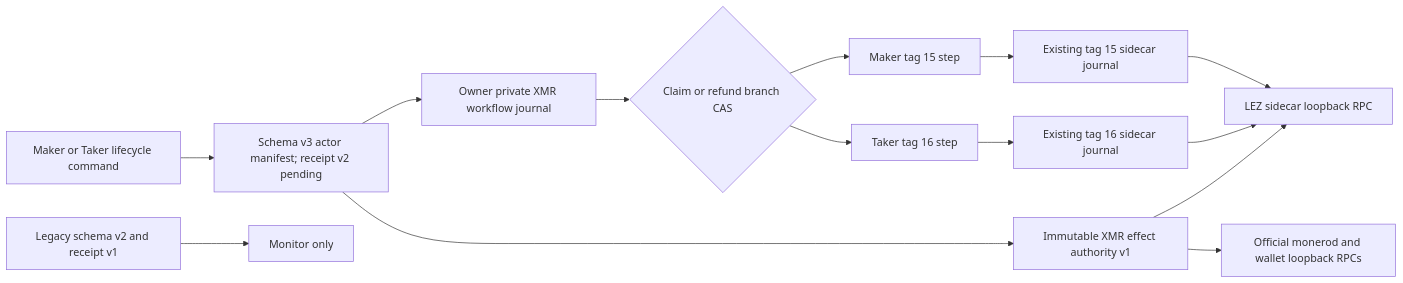
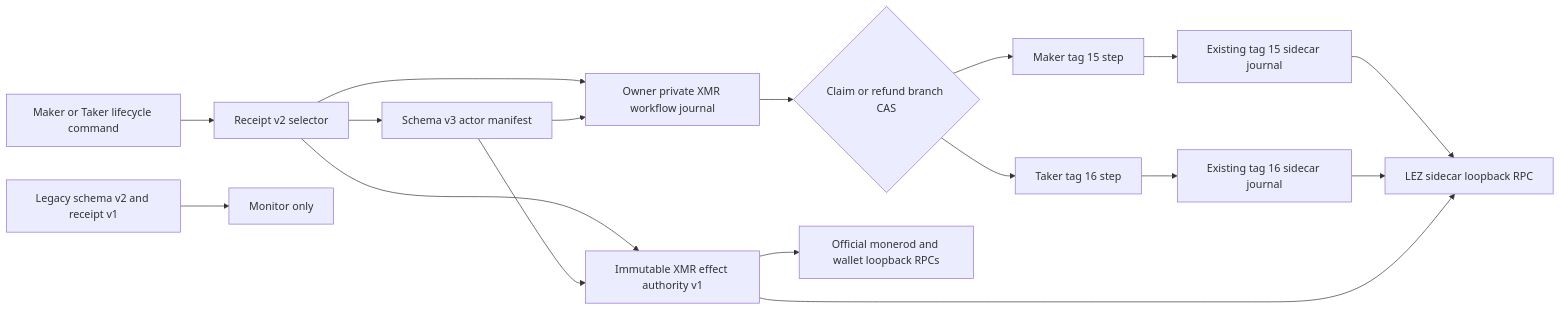
The first of 3 diagrams in docs/architecture/0126-separate-xmr-effect-workflow-authority.md (gateway-fm/lez-atomic-swaps), drawn with Mermaid before and after one commit. The commit also changed other lines of this file and 5 other files, not shown here.

````diff
--- a/docs/architecture/0126-separate-xmr-effect-workflow-authority.md
+++ b/docs/architecture/0126-separate-xmr-effect-workflow-authority.md
@@ -36,16 +36,19 @@
 ```mermaid
 flowchart LR
-    CLI["Maker or Taker lifecycle command"] --> V3["Schema v3 actor manifest; receipt v2 pending"]
+    CLI["Maker or Taker lifecycle command"] --> R2["Receipt v2 selector"]
+    R2 --> V3["Schema v3 actor manifest"]
+    R2 --> W
+    R2 --> A
     V3 --> W["Owner private XMR workflow journal"]
     V3 --> A["Immutable XMR effect authority v1"]
     W --> C{"Claim or refund branch CAS"}
     C --> S15["Maker tag 15 step"]
     C --> S16["Taker tag 16 step"]
     S15 --> J15["Existing tag 15 sidecar journal"]
     S16 --> J16["Existing tag 16 sidecar journal"]
     J15 --> LR["LEZ sidecar loopback RPC"]
     J16 --> LR
     A --> MR["Official monerod and wallet loopback RPCs"]
     A --> LR
     V2["Legacy schema v2 and receipt v1"] --> M["Monitor only"]
 ```
````
